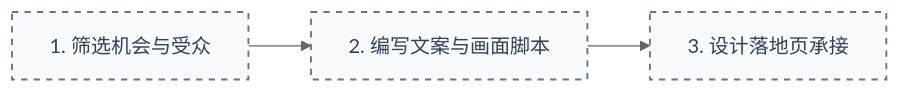
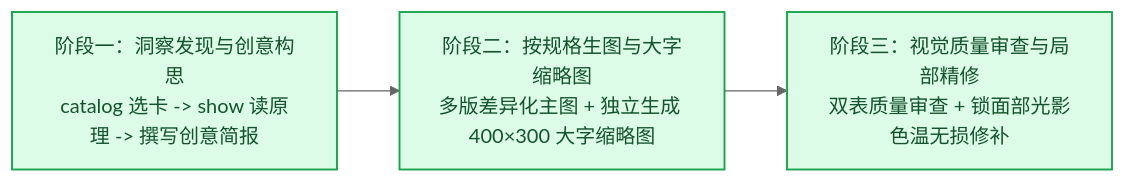
The third of 6 diagrams in README.md (ezra-y/reddit-ad-workflow-skills), drawn with Mermaid (neutral theme) before and after one commit. The commit also changed other lines of this file and 20 other files, not shown here.

````diff
--- a/README.md
+++ b/README.md
@@ -125,7 +126,7 @@
 ```mermaid
 flowchart LR
-    P2_1["1. 筛选机会与受众"] --> P2_2["2. 编写文案与画面脚本"] --> P2_3["3. 设计落地页承接"]
+    P2_1["阶段一：洞察发现与创意构思<br/>catalog 选卡 -> show 读原理 -> 撰写创意简报"] --> P2_2["阶段二：按规格生图与大字缩略图<br/>多版差异化主图 + 独立生成 400×300 大字缩略图"] --> P2_3["阶段三：视觉质量审查与局部精修<br/>双表质量审查 + 锁面部光影色温无损修补"]
 
-    classDef planStep fill:#F8FAFC,stroke:#64748B,stroke-width:1.5px,stroke-dasharray: 5 5,color:#334155
-    class P2_1,P2_2,P2_3 planStep
+    classDef readyStep fill:#DCFCE7,stroke:#16A34A,stroke-width:1.5px,color:#14532D
+    class P2_1,P2_2,P2_3 readyStep
 ```
````
